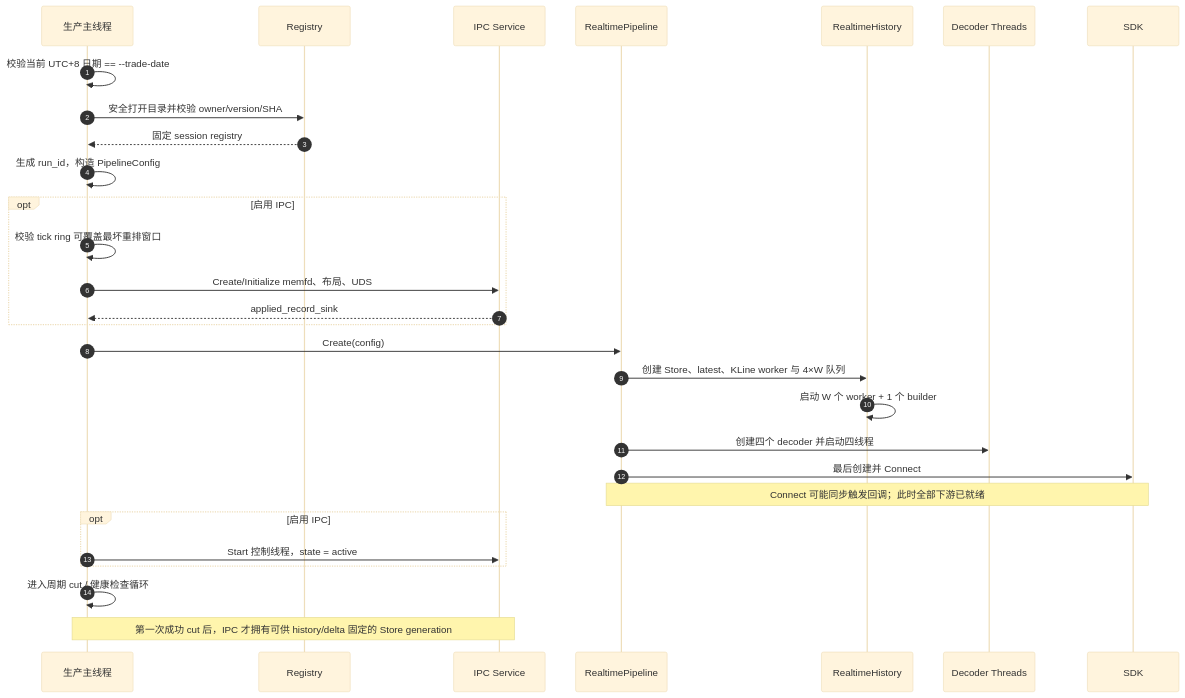
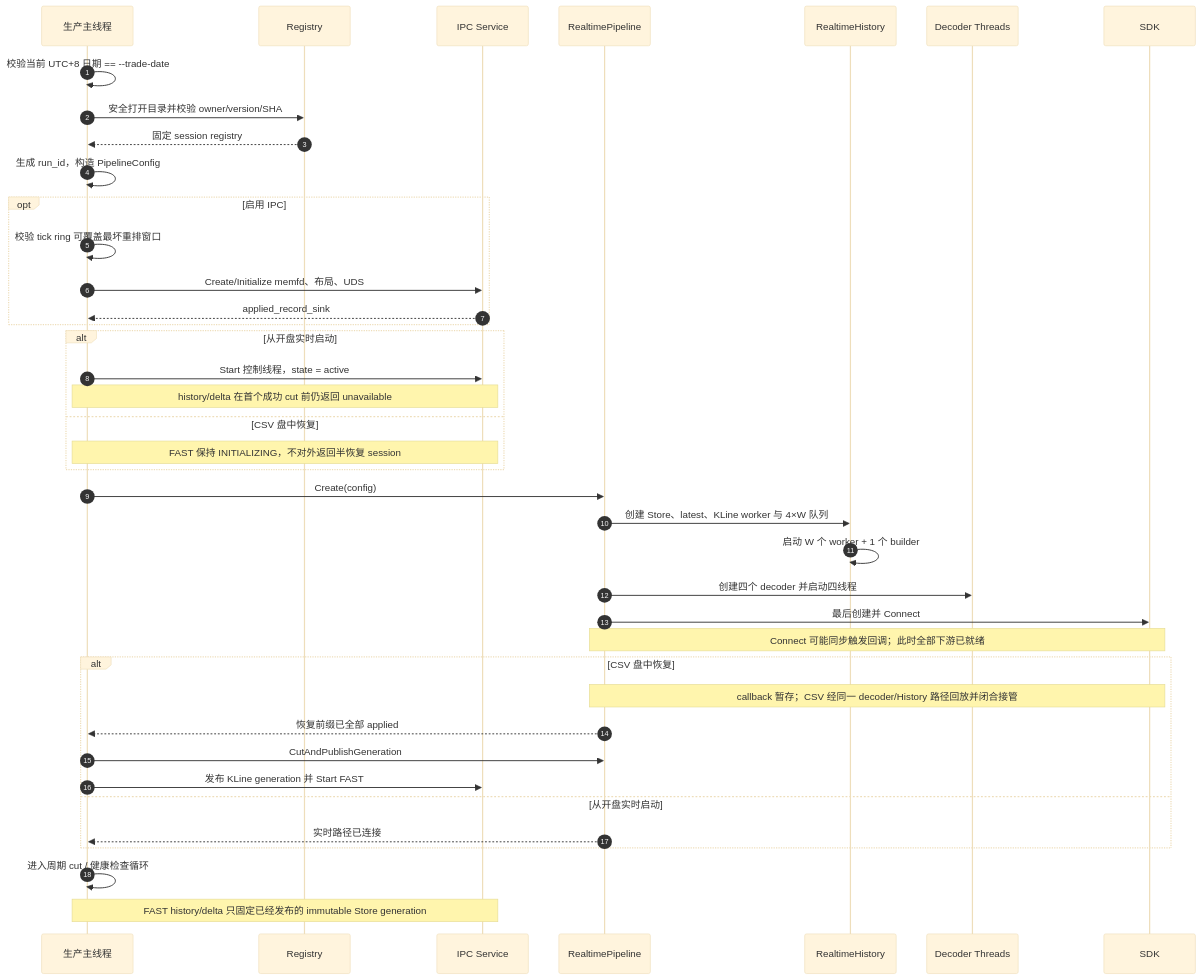
One commit to Suncol/L2Flow changed the second of 12 diagrams in docs/current-branch-flow-processing-architecture.md. Above: the diagram before and after it, drawn with Mermaid (base theme). The commit also changed other lines of this file and 16 other files, not shown here.

````diff
--- a/docs/current-branch-flow-processing-architecture.md
+++ b/docs/current-branch-flow-processing-architecture.md
@@ -189,32 +197,43 @@
 ```mermaid
 sequenceDiagram
     autonumber
     participant Main as 生产主线程
     participant Reg as Registry
     participant Ipc as IPC Service
     participant Pipe as RealtimePipeline
     participant Hist as RealtimeHistory
     participant Dec as Decoder Threads
     participant Sdk as SDK
 
     Main->>Main: 校验当前 UTC+8 日期 == --trade-date
     Main->>Reg: 安全打开目录并校验 owner/version/SHA
     Reg-->>Main: 固定 session registry
     Main->>Main: 生成 run_id，构造 PipelineConfig
     opt 启用 IPC
         Main->>Main: 校验 tick ring 可覆盖最坏重排窗口
         Main->>Ipc: Create/Initialize memfd、布局、UDS
         Ipc-->>Main: applied_record_sink
     end
+    alt 从开盘实时启动
+        Main->>Ipc: Start 控制线程，state = active
+        Note over Main,Ipc: history/delta 在首个成功 cut 前仍返回 unavailable
+    else CSV 盘中恢复
+        Note over Main,Ipc: FAST 保持 INITIALIZING，不对外返回半恢复 session
+    end
     Main->>Pipe: Create(config)
     Pipe->>Hist: 创建 Store、latest、KLine worker 与 4×W 队列
     Hist->>Hist: 启动 W 个 worker + 1 个 builder
     Pipe->>Dec: 创建四个 decoder 并启动四线程
     Pipe->>Sdk: 最后创建并 Connect
     Note over Pipe,Sdk: Connect 可能同步触发回调；此时全部下游已就绪
-    opt 启用 IPC
-        Main->>Ipc: Start 控制线程，state = active
+    alt CSV 盘中恢复
+        Note over Pipe,Sdk: callback 暂存；CSV 经同一 decoder/History 路径回放并闭合接管
+        Pipe-->>Main: 恢复前缀已全部 applied
+        Main->>Pipe: CutAndPublishGeneration
+        Main->>Ipc: 发布 KLine generation 并 Start FAST
+    else 从开盘实时启动
+        Pipe-->>Main: 实时路径已连接
     end
     Main->>Main: 进入周期 cut / 健康检查循环
-    Note over Main,Ipc: 第一次成功 cut 后，IPC 才拥有可供 history/delta 固定的 Store generation
+    Note over Main,Ipc: FAST history/delta 只固定已经发布的 immutable Store generation
 ```
````
